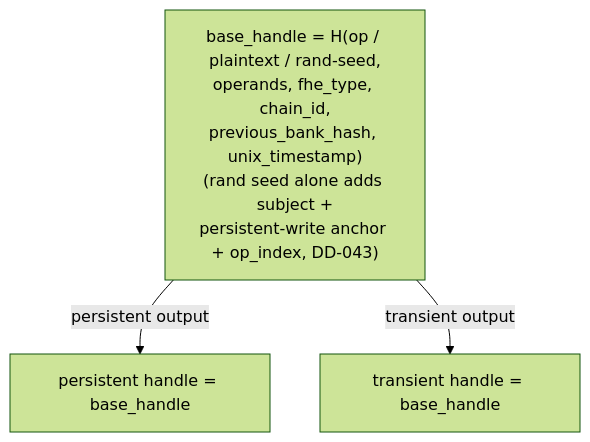
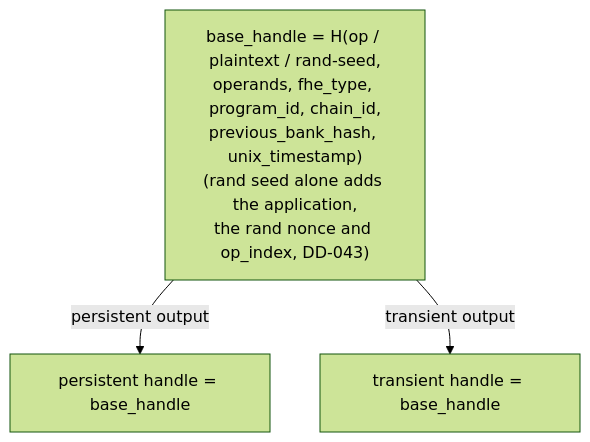
The third of 6 diagrams in solana/docs/MMR_ACL_MVP.md (zama-ai/fhevm), drawn with Mermaid (forest theme) before and after one commit. The commit also changed other lines of this file and 18 other files, not shown here.

````diff
--- a/solana/docs/MMR_ACL_MVP.md
+++ b/solana/docs/MMR_ACL_MVP.md
@@ -132,6 +130,6 @@
 ```mermaid
 flowchart TD
-    base["base_handle = H(op / plaintext / rand-seed,<br/>operands, fhe_type, chain_id,<br/>previous_bank_hash, unix_timestamp)<br/>(rand seed alone adds subject +<br/>persistent-write anchor + op_index, DD-043)"]
+    base["base_handle = H(op / plaintext / rand-seed,<br/>operands, fhe_type, program_id, chain_id,<br/>previous_bank_hash, unix_timestamp)<br/>(rand seed alone adds the application,<br/>the rand nonce and op_index, DD-043)"]
     base -->|"persistent output"| dh["persistent handle = base_handle"]
     base -->|"transient output"| th["transient handle = base_handle"]
 ```
````
